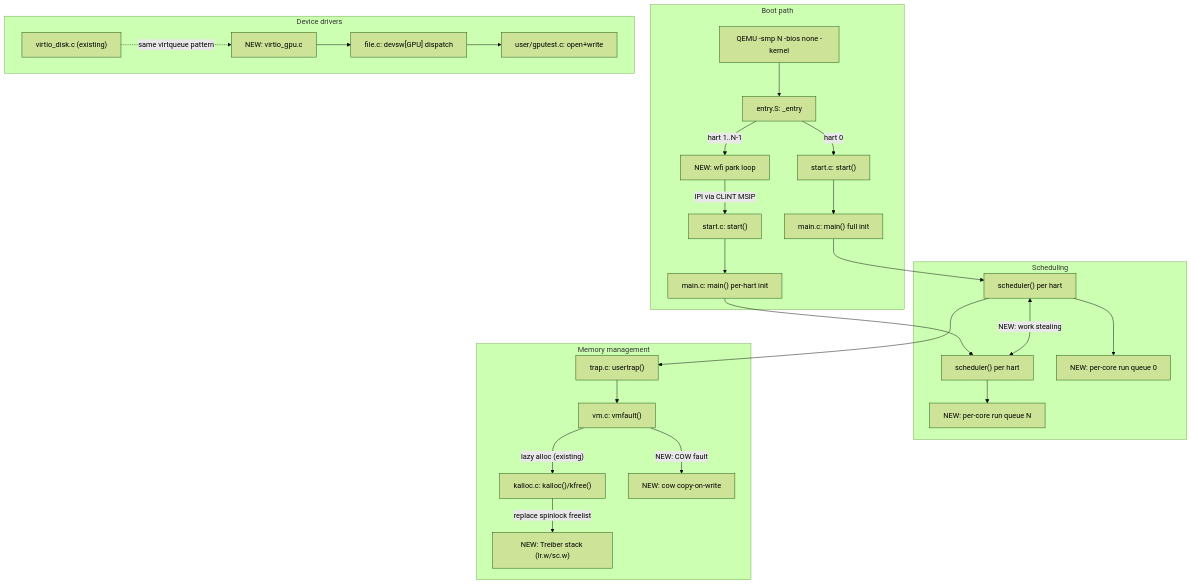
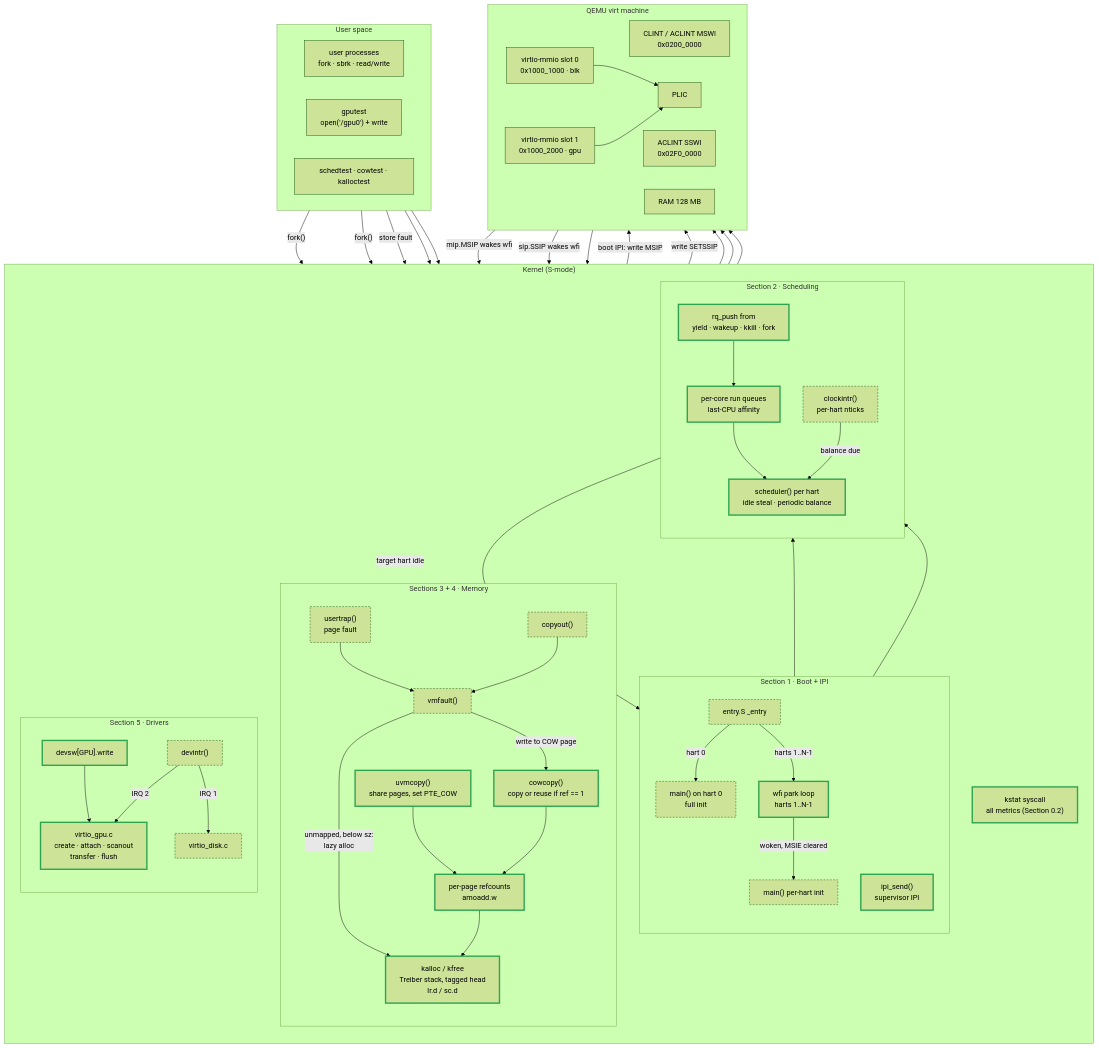
The diagram in future_work/future_work.md (basil2000/xv6-extension), drawn with Mermaid (forest theme) before and after one commit. The commit also changed other lines of this file, not shown here.

````diff
--- a/future_work/future_work.md
+++ b/future_work/future_work.md
@@ -23,34 +74,102 @@
 ```mermaid
 flowchart TB
-    subgraph Boot["Boot path"]
-        QEMU["QEMU -smp N -bios none -kernel"] --> ENTRY["entry.S: _entry"]
-        ENTRY -->|"hart 0"| START0["start.c: start()"]
-        ENTRY -->|"hart 1..N-1"| PARK["NEW: wfi park loop"]
-        PARK -->|"IPI via CLINT MSIP"| STARTN["start.c: start()"]
-        START0 --> MAIN0["main.c: main() full init"]
-        STARTN --> MAINN["main.c: main() per-hart init"]
+    subgraph USER["User space"]
+        direction LR
+        UPROC["user processes<br/>fork · sbrk · read/write"]
+        GPUT["gputest<br/>open('/gpu0') + write"]
+        TESTS["schedtest · cowtest · kalloctest"]
     end
 
-    subgraph Sched["Scheduling"]
-        MAIN0 --> SCHED0["scheduler() per hart"]
-        MAINN --> SCHEDN["scheduler() per hart"]
-        SCHED0 <-->|"NEW: work stealing"| SCHEDN
-        SCHED0 --> RQ0["NEW: per-core run queue 0"]
-        SCHEDN --> RQ1["NEW: per-core run queue N"]
+    subgraph KERNEL["Kernel (S-mode)"]
+        direction TB
+
+        subgraph S1["Section 1 · Boot + IPI"]
+            direction TB
+            ENTRY["entry.S _entry"]
+            MAIN0["main() on hart 0<br/>full init"]
+            PARK["wfi park loop<br/>harts 1..N-1"]
+            MAINN["main() per-hart init"]
+            IPI["ipi_send()<br/>supervisor IPI"]
+            ENTRY -->|"hart 0"| MAIN0
+            ENTRY -->|"harts 1..N-1"| PARK
+            PARK -->|"woken, MSIE cleared"| MAINN
+        end
+
+        subgraph S2["Section 2 · Scheduling"]
+            direction TB
+            PUSH["rq_push from<br/>yield · wakeup · kkill · fork"]
+            RQ["per-core run queues<br/>last-CPU affinity"]
+            SCHED["scheduler() per hart<br/>idle steal · periodic balance"]
+            CLK["clockintr()<br/>per-hart nticks"]
+            PUSH --> RQ --> SCHED
+            CLK -->|"balance due"| SCHED
+        end
+
+        subgraph S34["Sections 3 + 4 · Memory"]
+            direction TB
+            TRAP["usertrap()<br/>page fault"]
+            COPYOUT["copyout()"]
+            UVMCOPY["uvmcopy()<br/>share pages, set PTE_COW"]
+            VMF["vmfault()"]
+            COW["cowcopy()<br/>copy or reuse if ref == 1"]
+            REF["per-page refcounts<br/>amoadd.w"]
+            KALLOC["kalloc / kfree<br/>Treiber stack, tagged head<br/>lr.d / sc.d"]
+            TRAP --> VMF
+            COPYOUT --> VMF
+            VMF -->|"write to COW page"| COW
+            VMF -->|"unmapped, below sz:<br/>lazy alloc"| KALLOC
+            UVMCOPY --> REF
+            COW --> REF
+            REF --> KALLOC
+        end
+
+        subgraph S5["Section 5 · Drivers"]
+            direction TB
+            DEVSW["devsw[GPU].write"]
+            GPU["virtio_gpu.c<br/>create · attach · scanout<br/>transfer · flush"]
+            DISK["virtio_disk.c"]
+            DEVINTR["devintr()"]
+            DEVSW --> GPU
+            DEVINTR -->|"IRQ 2"| GPU
+            DEVINTR -->|"IRQ 1"| DISK
+        end
+
+        KSTAT["kstat syscall<br/>all metrics (Section 0.2)"]
     end
 
-    subgraph Mem["Memory management"]
-        TRAP["trap.c: usertrap()"] --> VMFAULT["vm.c: vmfault()"]
-        VMFAULT -->|"lazy alloc (existing)"| KALLOC["kalloc.c: kalloc()/kfree()"]
-        VMFAULT -->|"NEW: COW fault"| COW["NEW: cow copy-on-write"]
-        KALLOC -->|"replace spinlock freelist"| LOCKFREE["NEW: Treiber stack (lr.w/sc.w)"]
+    subgraph HW["QEMU virt machine"]
+        direction LR
+        CLINT["CLINT / ACLINT MSWI<br/>0x0200_0000"]
+        SSWI["ACLINT SSWI<br/>0x02F0_0000"]
+        PLIC["PLIC"]
+        VIO0["virtio-mmio slot 0<br/>0x1000_1000 · blk"]
+        VIO1["virtio-mmio slot 1<br/>0x1000_2000 · gpu"]
+        RAM["RAM 128 MB"]
     end
 
-    subgraph Drivers["Device drivers"]
-        VIRTIODISK["virtio_disk.c (existing)"] -.->|"same virtqueue pattern"| VIRTIOGPU["NEW: virtio_gpu.c"]
-        VIRTIOGPU --> DEVSW["file.c: devsw[GPU] dispatch"]
-        DEVSW --> USERGPU["user/gputest.c: open+write"]
-    end
+    UPROC -->|"fork()"| UVMCOPY
+    UPROC -->|"fork()"| PUSH
+    UPROC -->|"store fault"| TRAP
+    GPUT --> DEVSW
+    TESTS --> KSTAT
 
-    SCHED0 --> TRAP
+    MAIN0 -->|"boot IPI: write MSIP"| CLINT
+    CLINT -->|"mip.MSIP wakes wfi"| PARK
+    MAIN0 --> SCHED
+    MAINN --> SCHED
+    PUSH -->|"target hart idle"| IPI
+    IPI -->|"write SETSSIP"| SSWI
+    SSWI -->|"sip.SSIP wakes wfi"| SCHED
+
+    GPU --> VIO1
+    DISK --> VIO0
+    VIO0 --> PLIC
+    VIO1 --> PLIC
+    PLIC --> DEVINTR
+    KALLOC --> RAM
+
+    classDef new stroke:#2da44e,stroke-width:3px
+    classDef old stroke-dasharray:4 3
+    class PARK,IPI,PUSH,RQ,SCHED,UVMCOPY,COW,REF,KALLOC,GPU,DEVSW,KSTAT new
+    class ENTRY,MAIN0,MAINN,CLK,TRAP,COPYOUT,VMF,DISK,DEVINTR old
 ```
````
